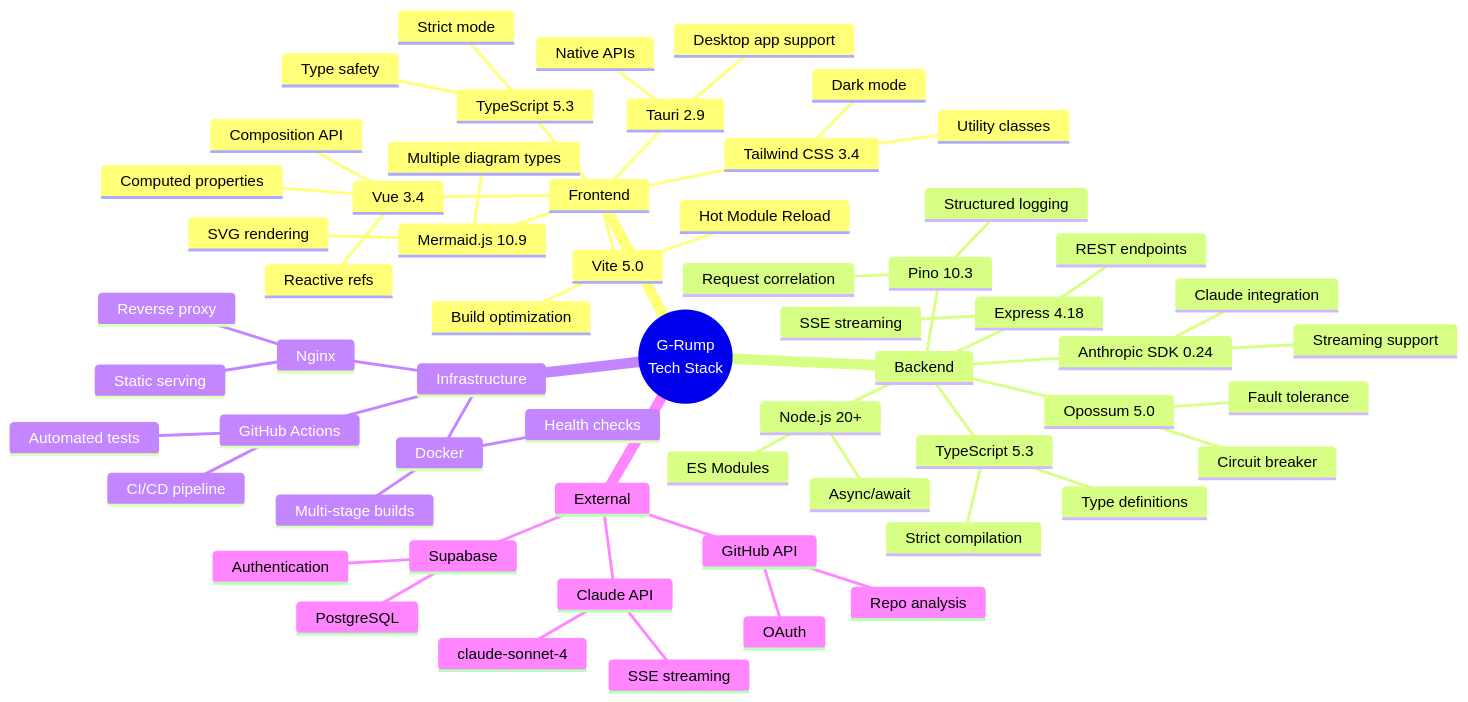
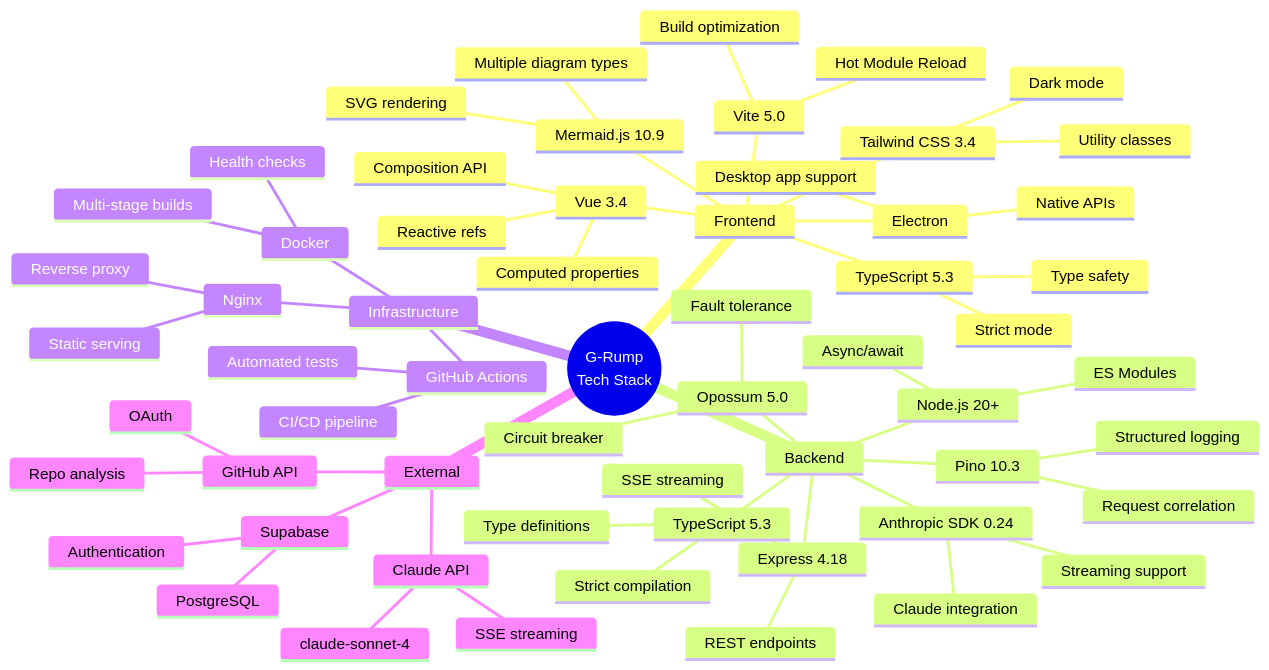
One commit to Aphrodine-wq/GRUMPCO changed the ninth of 10 diagrams in docs/SYSTEM_ARCHITECTURE.md. Above: the diagram before and after it, drawn with Mermaid. The commit also changed 162 other files, not shown here.

````diff
--- a/docs/SYSTEM_ARCHITECTURE.md
+++ b/docs/SYSTEM_ARCHITECTURE.md
@@ -584,63 +584,63 @@
 ```mermaid
 mindmap
     root(("G-Rump<br/>Tech Stack"))
         Frontend
             Vue 3.4
                 Composition API
                 Reactive refs
                 Computed properties
             Vite 5.0
                 Hot Module Reload
                 Build optimization
             TypeScript 5.3
                 Strict mode
                 Type safety
             Tailwind CSS 3.4
                 Utility classes
                 Dark mode
             Mermaid.js 10.9
                 SVG rendering
                 Multiple diagram types
-            Tauri 2.9
+            Electron
                 Desktop app support
                 Native APIs
         Backend
             Express 4.18
                 REST endpoints
                 SSE streaming
             Node.js 20+
                 ES Modules
                 Async/await
             TypeScript 5.3
                 Strict compilation
                 Type definitions
             Anthropic SDK 0.24
                 Claude integration
                 Streaming support
             Pino 10.3
                 Structured logging
                 Request correlation
             Opossum 5.0
                 Circuit breaker
                 Fault tolerance
         Infrastructure
             Docker
                 Multi-stage builds
                 Health checks
             Nginx
                 Reverse proxy
                 Static serving
             GitHub Actions
                 CI/CD pipeline
                 Automated tests
         External
             Claude API
                 claude-sonnet-4
                 SSE streaming
             Supabase
                 Authentication
                 PostgreSQL
             GitHub API
                 OAuth
                 Repo analysis
 ```
````
